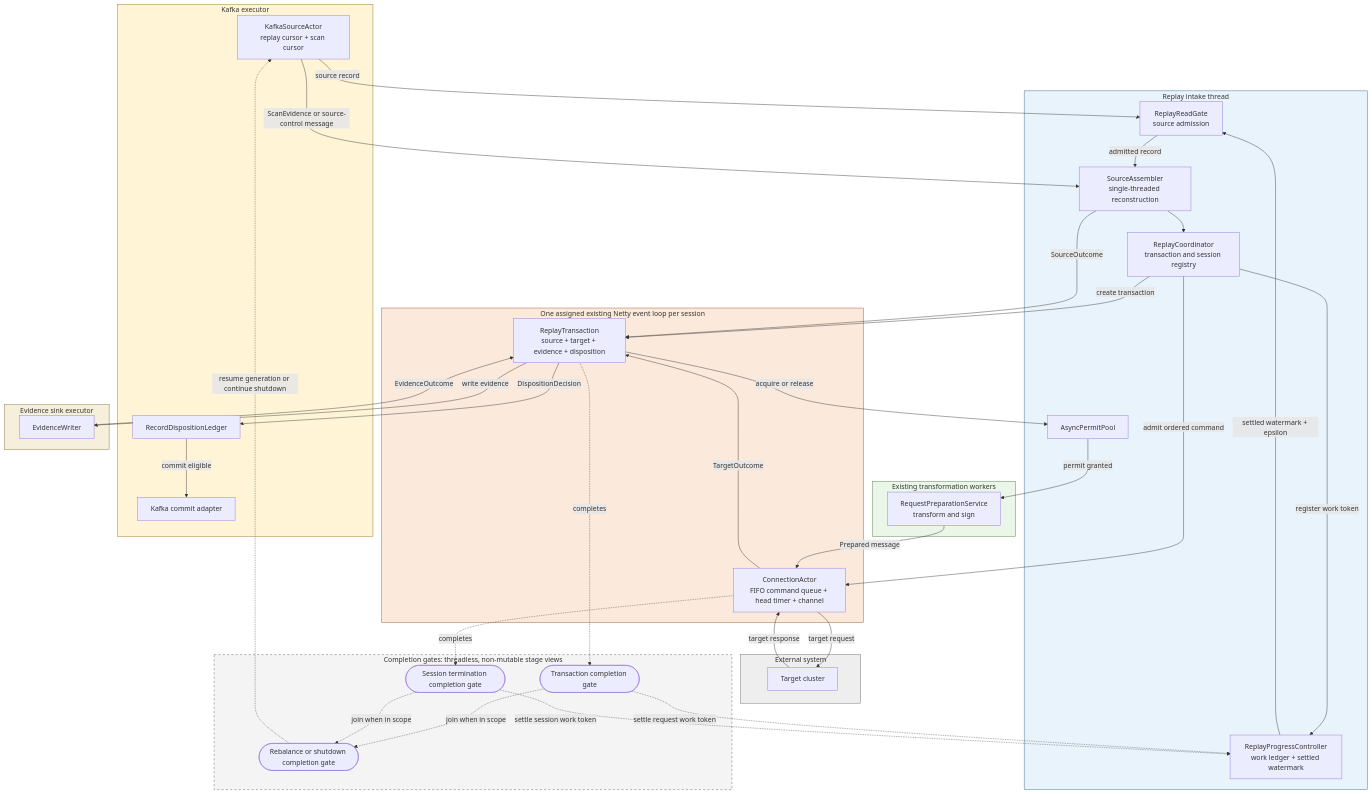
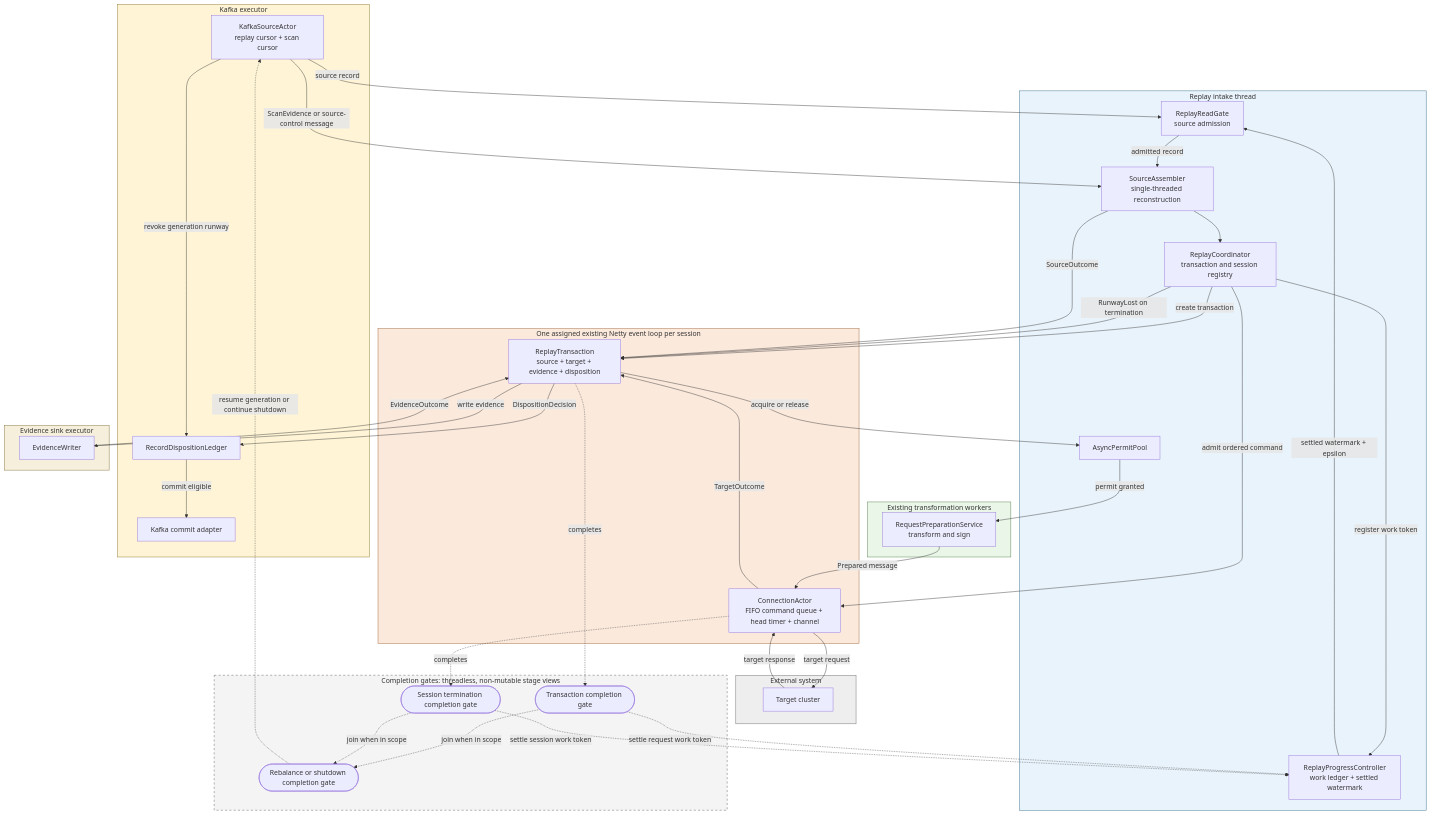
The first of 2 diagrams in docs/replayerHardenedArchitectureDesign.md (opensearch-project/opensearch-migrations), drawn with Mermaid before and after one commit. The commit also changed other lines of this file, not shown here.

First line of the commit message:
Define generation runway and active exchange cancellation

````diff
--- a/docs/replayerHardenedArchitectureDesign.md
+++ b/docs/replayerHardenedArchitectureDesign.md
@@ -454,75 +489,77 @@
 ```mermaid
 flowchart TD
     subgraph KAFKA_EXECUTOR["Kafka executor"]
         KAFKA["KafkaSourceActor<br/>replay cursor + scan cursor"]
         LEDGER["RecordDispositionLedger"]
         COMMIT["Kafka commit adapter"]
     end
 
     subgraph INTAKE_THREAD["Replay intake thread"]
         READ_GATE["ReplayReadGate<br/>source admission"]
         PROGRESS["ReplayProgressController<br/>work ledger + settled watermark"]
         ASSEMBLER["SourceAssembler<br/>single-threaded reconstruction"]
         COORDINATOR["ReplayCoordinator<br/>transaction and session registry"]
         PERMITS["AsyncPermitPool"]
     end
 
     subgraph TRANSFORM_WORKERS["Existing transformation workers"]
         PREP["RequestPreparationService<br/>transform and sign"]
     end
 
     subgraph NETTY_EVENT_LOOP["One assigned existing Netty event loop per session"]
         ACTOR["ConnectionActor<br/>FIFO command queue + head timer + channel"]
         TXN["ReplayTransaction<br/>source + target + evidence + disposition"]
     end
 
     subgraph EVIDENCE_EXECUTOR["Evidence sink executor"]
         EVIDENCE["EvidenceWriter"]
     end
 
     subgraph EXTERNAL_SYSTEM["External system"]
         TARGET["Target cluster"]
     end
 
     subgraph COMPLETION_GATES["Completion gates: threadless, non-mutable stage views"]
         TXN_GATE(["Transaction completion gate"])
         SESSION_GATE(["Session termination completion gate"])
         LIFECYCLE_GATE(["Rebalance or shutdown completion gate"])
     end
 
     KAFKA -->|"source record"| READ_GATE
     KAFKA -->|"ScanEvidence or source-control message"| ASSEMBLER
+    KAFKA -->|"revoke generation runway"| LEDGER
     READ_GATE -->|"admitted record"| ASSEMBLER
     ASSEMBLER --> COORDINATOR
     COORDINATOR -->|"create transaction"| TXN
     COORDINATOR -->|"admit ordered command"| ACTOR
+    COORDINATOR -->|"RunwayLost on termination"| TXN
     COORDINATOR -->|"register work token"| PROGRESS
     TXN -->|"acquire or release"| PERMITS
     PERMITS -->|"permit granted"| PREP
     PREP -->|"Prepared message"| ACTOR
     ACTOR -->|"target request"| TARGET
     TARGET -->|"target response"| ACTOR
     ACTOR -->|"TargetOutcome"| TXN
     ASSEMBLER -->|"SourceOutcome"| TXN
     TXN -->|"write evidence"| EVIDENCE
     EVIDENCE -->|"EvidenceOutcome"| TXN
     TXN -->|"DispositionDecision"| LEDGER
     LEDGER -->|"commit eligible"| COMMIT
     PROGRESS -->|"settled watermark + epsilon"| READ_GATE
 
     TXN -.->|"completes"| TXN_GATE
     ACTOR -.->|"completes"| SESSION_GATE
     TXN_GATE -.->|"settle request work token"| PROGRESS
     SESSION_GATE -.->|"settle session work token"| PROGRESS
     TXN_GATE -.->|"join when in scope"| LIFECYCLE_GATE
     SESSION_GATE -.->|"join when in scope"| LIFECYCLE_GATE
     LIFECYCLE_GATE -.->|"resume generation or continue shutdown"| KAFKA
 
     style KAFKA_EXECUTOR fill:#fff5d6,stroke:#8a6d1d
     style INTAKE_THREAD fill:#e9f3fb,stroke:#2f6687
     style TRANSFORM_WORKERS fill:#eaf6e8,stroke:#4f7a46
     style NETTY_EVENT_LOOP fill:#fbe9dc,stroke:#9a5a2e
     style EVIDENCE_EXECUTOR fill:#f5efdc,stroke:#7d6c32
     style EXTERNAL_SYSTEM fill:#eeeeee,stroke:#666666
     style COMPLETION_GATES fill:#f4f4f4,stroke:#555555,stroke-dasharray:5 5
 ```
````
